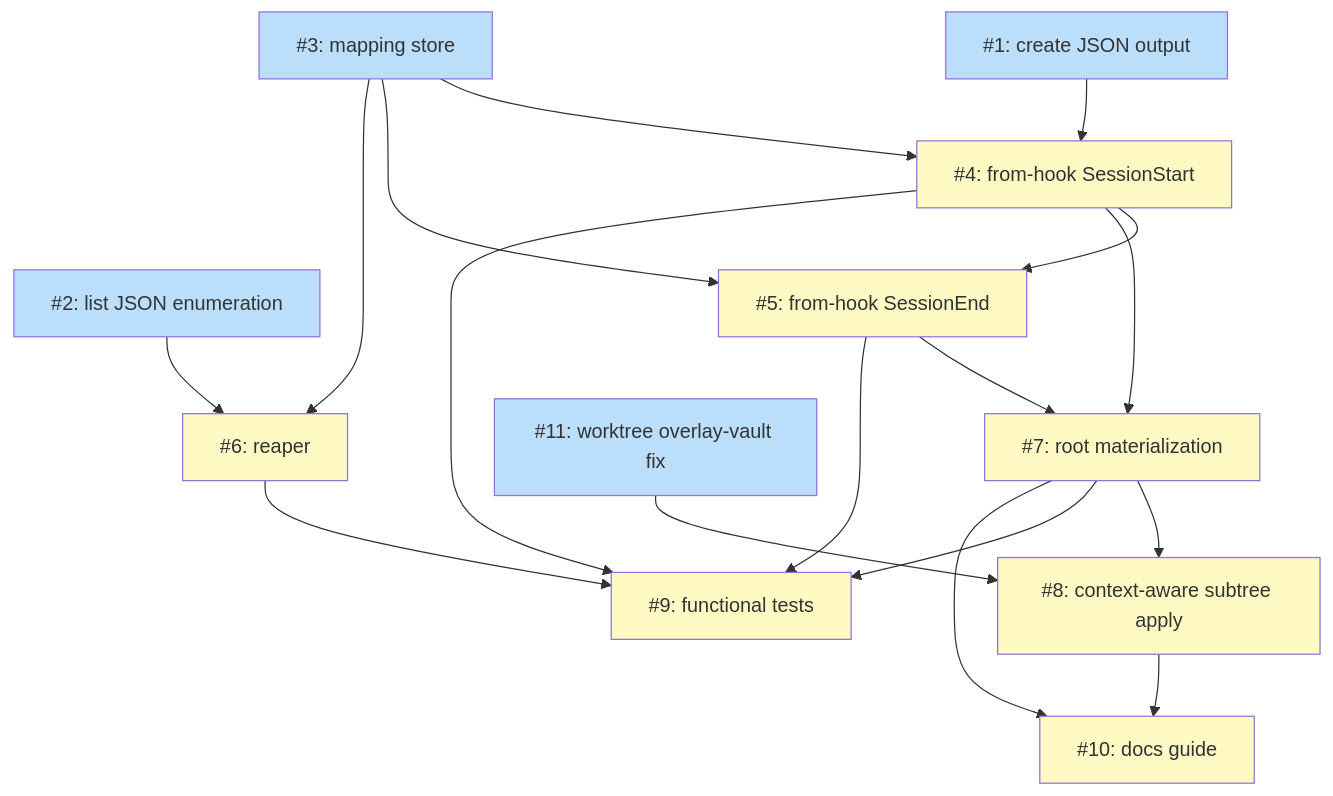
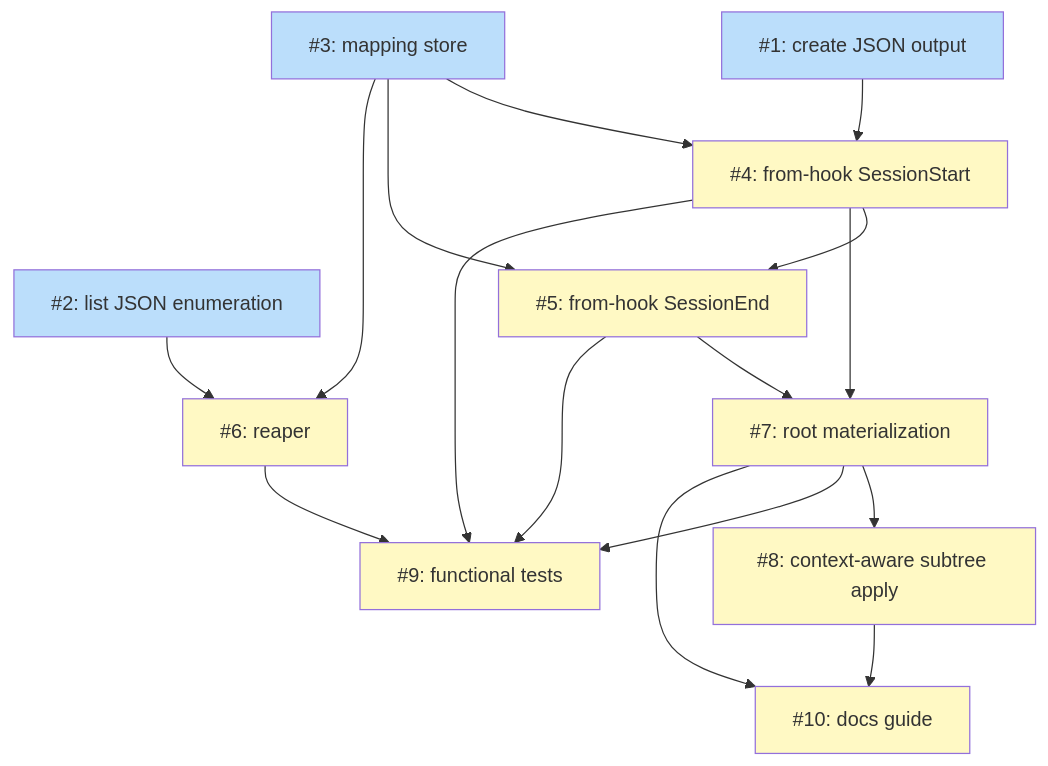
One commit to tsukumogami/niwa changed the diagram in docs/plans/PLAN-ephemeral-session-instances.md. Above: the diagram before and after it, drawn with Mermaid. The commit also changed other lines of this file and 2 other files, not shown here.

````diff
--- a/docs/plans/PLAN-ephemeral-session-instances.md
+++ b/docs/plans/PLAN-ephemeral-session-instances.md
@@ -319,38 +291,36 @@
 ```mermaid
 graph TD
     I1["#1: create JSON output"]
     I2["#2: list JSON enumeration"]
     I3["#3: mapping store"]
     I4["#4: from-hook SessionStart"]
     I5["#5: from-hook SessionEnd"]
     I6["#6: reaper"]
     I7["#7: root materialization"]
     I8["#8: context-aware subtree apply"]
     I9["#9: functional tests"]
     I10["#10: docs guide"]
-    I11["#11: worktree overlay-vault fix"]
 
-    I11 --> I8
     I1 --> I4
     I3 --> I4
     I3 --> I5
     I4 --> I5
     I2 --> I6
     I3 --> I6
     I4 --> I7
     I5 --> I7
     I7 --> I8
     I4 --> I9
     I5 --> I9
     I6 --> I9
     I7 --> I9
     I7 --> I10
     I8 --> I10
 
     classDef done fill:#c8e6c9
     classDef ready fill:#bbdefb
     classDef blocked fill:#fff9c4
 
-    class I1,I2,I3,I11 ready
+    class I1,I2,I3 ready
     class I4,I5,I6,I7,I8,I9,I10 blocked
 ```
````
